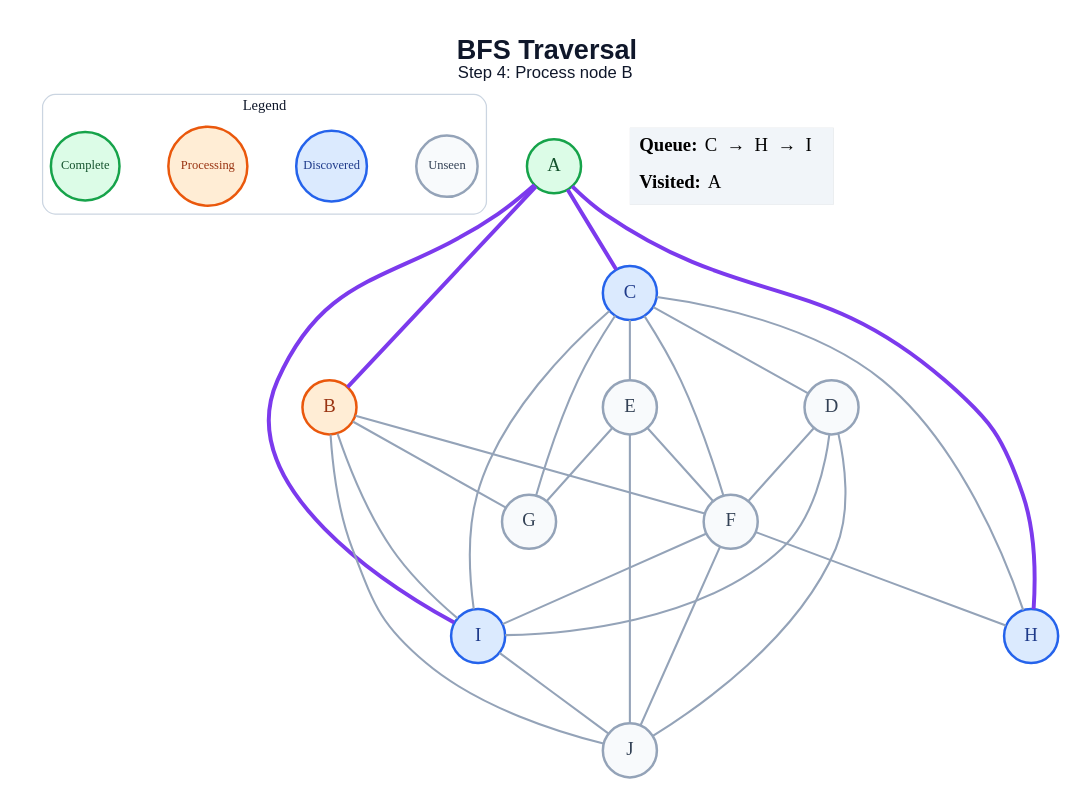
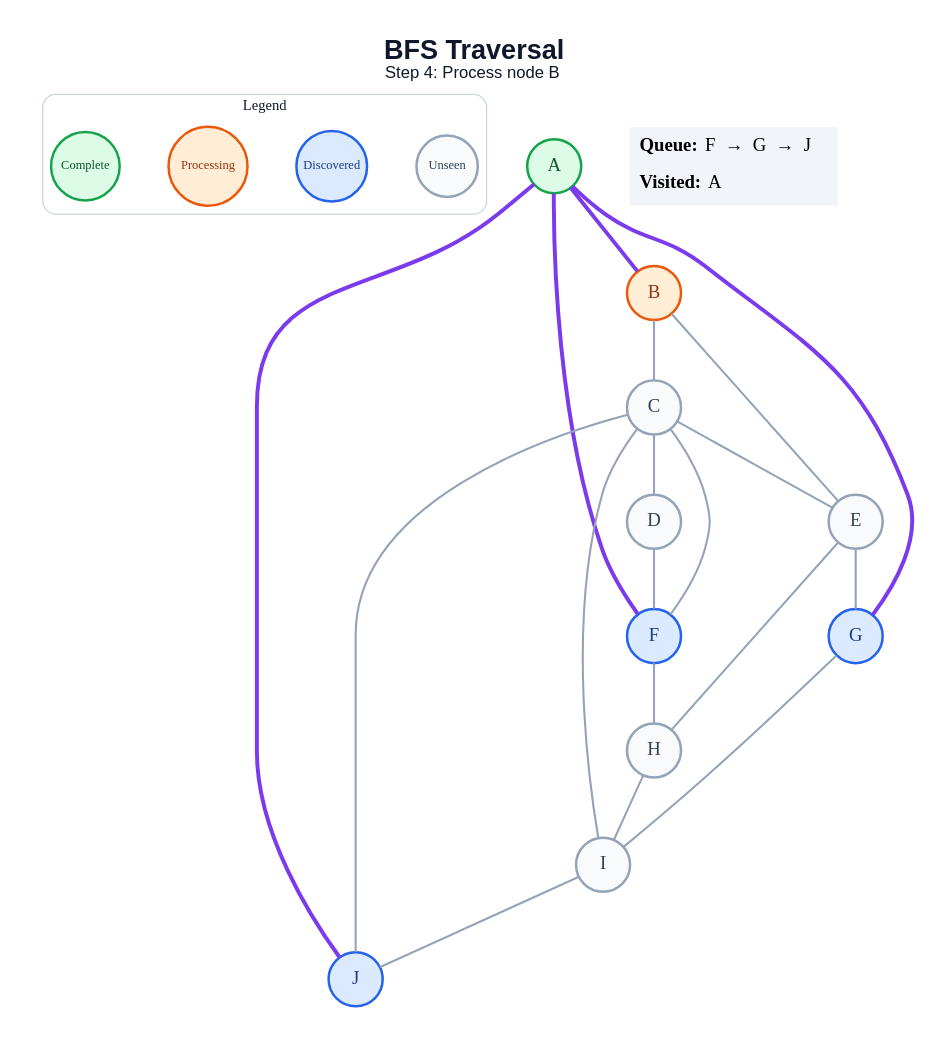
Before and after one commit to amanghodawala9/ai-slop: the diagram in generated/bfs/step_04.dot, drawn with Graphviz. The commit also changed 178 other files, not shown here.

```diff
--- a/generated/bfs/step_04.dot
+++ b/generated/bfs/step_04.dot
@@ -1,53 +1,47 @@
 graph traversal {
   graph [layout=dot, rankdir=TB, bgcolor="#FFFFFF", pad="0.35", nodesep="0.65", ranksep="0.8", fontname="Arial"];
   node [shape=circle, style="filled", fontname="Arial Bold", fontsize=18, width=0.72, fixedsize=true, penwidth=2.4];
   edge [color="#94A3B8", penwidth=2.0];
   label=<<B>BFS Traversal</B><BR/><FONT POINT-SIZE="16">Step 4: Process node B</FONT>>; labelloc="t"; fontsize=26; fontname="Arial"; fontcolor="#0F172A";
   subgraph cluster_legend { label="Legend"; color="#CBD5E1"; penwidth=1.2; style="rounded"; fontsize=14; fontname="Arial Bold";
     key_unseen [label="Unseen", fillcolor="#F8FAFC", color="#94A3B8", fontcolor="#334155", fontsize=12, width=0.82];
     key_frontier [label="Discovered", fillcolor="#DBEAFE", color="#2563EB", fontcolor="#1E3A8A", fontsize=12, width=0.95];
     key_current [label="Processing", fillcolor="#FFEDD5", color="#EA580C", fontcolor="#9A3412", fontsize=12, width=1.05];
     key_done [label="Complete", fillcolor="#DCFCE7", color="#16A34A", fontcolor="#14532D", fontsize=12, width=0.92];
     { rank=same; key_unseen; key_frontier; key_current; key_done; }
   }
   A [fillcolor="#DCFCE7", color="#16A34A", fontcolor="#14532D"];
   B [fillcolor="#FFEDD5", color="#EA580C", fontcolor="#9A3412"];
-  C [fillcolor="#DBEAFE", color="#2563EB", fontcolor="#1E3A8A"];
+  C [fillcolor="#F8FAFC", color="#94A3B8", fontcolor="#334155"];
   D [fillcolor="#F8FAFC", color="#94A3B8", fontcolor="#334155"];
   E [fillcolor="#F8FAFC", color="#94A3B8", fontcolor="#334155"];
-  F [fillcolor="#F8FAFC", color="#94A3B8", fontcolor="#334155"];
-  G [fillcolor="#F8FAFC", color="#94A3B8", fontcolor="#334155"];
-  H [fillcolor="#DBEAFE", color="#2563EB", fontcolor="#1E3A8A"];
-  I [fillcolor="#DBEAFE", color="#2563EB", fontcolor="#1E3A8A"];
-  J [fillcolor="#F8FAFC", color="#94A3B8", fontcolor="#334155"];
+  F [fillcolor="#DBEAFE", color="#2563EB", fontcolor="#1E3A8A"];
+  G [fillcolor="#DBEAFE", color="#2563EB", fontcolor="#1E3A8A"];
+  H [fillcolor="#F8FAFC", color="#94A3B8", fontcolor="#334155"];
+  I [fillcolor="#F8FAFC", color="#94A3B8", fontcolor="#334155"];
+  J [fillcolor="#DBEAFE", color="#2563EB", fontcolor="#1E3A8A"];
   A -- B [color="#7C3AED", penwidth=3.8];
-  A -- C [color="#7C3AED", penwidth=3.8];
-  A -- H [color="#7C3AED", penwidth=3.8];
-  A -- I [color="#7C3AED", penwidth=3.8];
-  B -- F;
-  B -- G;
-  B -- I;
-  B -- J;
+  A -- F [color="#7C3AED", penwidth=3.8];
+  A -- G [color="#7C3AED", penwidth=3.8];
+  A -- J [color="#7C3AED", penwidth=3.8];
+  B -- C;
+  B -- E;
   C -- D;
   C -- E;
   C -- F;
-  C -- G;
-  C -- H;
   C -- I;
+  C -- J;
   D -- F;
-  D -- I;
-  D -- J;
-  E -- F;
   E -- G;
-  E -- J;
+  E -- H;
   F -- H;
-  F -- I;
-  F -- J;
+  G -- I;
+  H -- I;
   I -- J;
   status [shape=plain, fixedsize=false, width=0, height=0, margin=0, label=<
     <TABLE BORDER="0" CELLBORDER="0" CELLPADDING="7" BGCOLOR="#F1F5F9">
-      <TR><TD ALIGN="LEFT"><B>Queue:</B> C  →  H  →  I</TD></TR>
+      <TR><TD ALIGN="LEFT"><B>Queue:</B> F  →  G  →  J</TD></TR>
       <TR><TD ALIGN="LEFT"><B>Visited:</B> A</TD></TR>
     </TABLE>
   >];
 }
```
